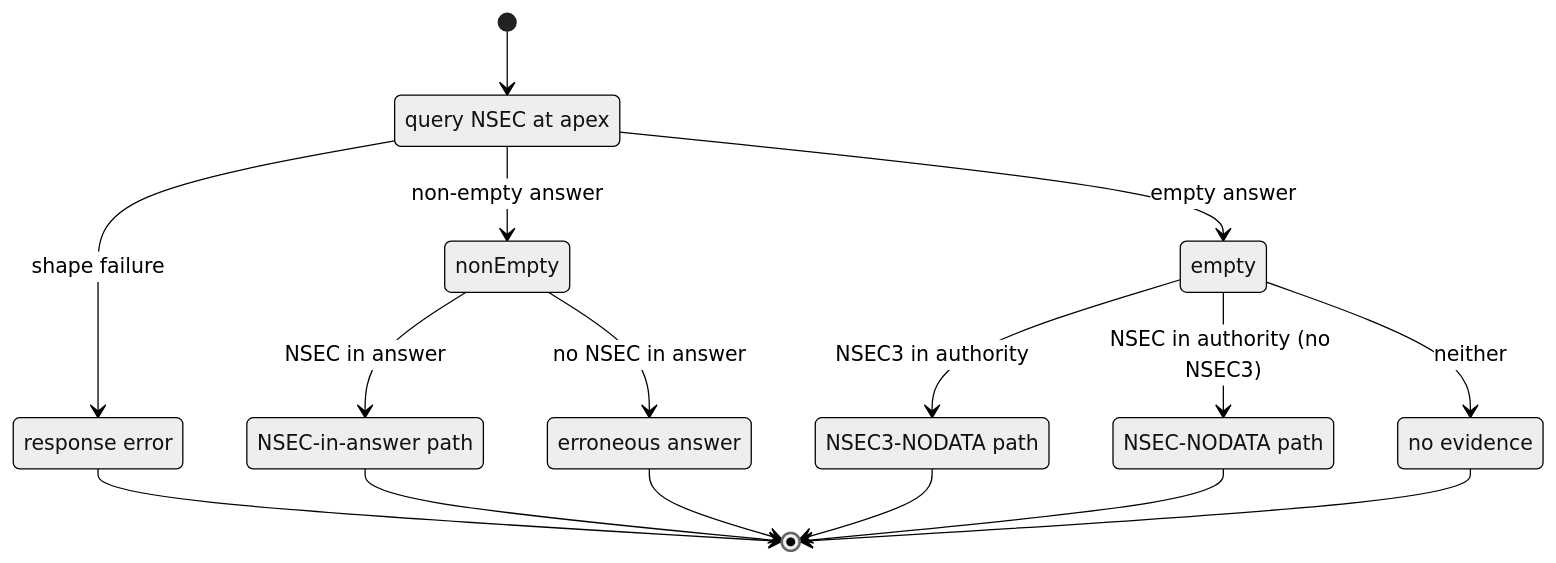
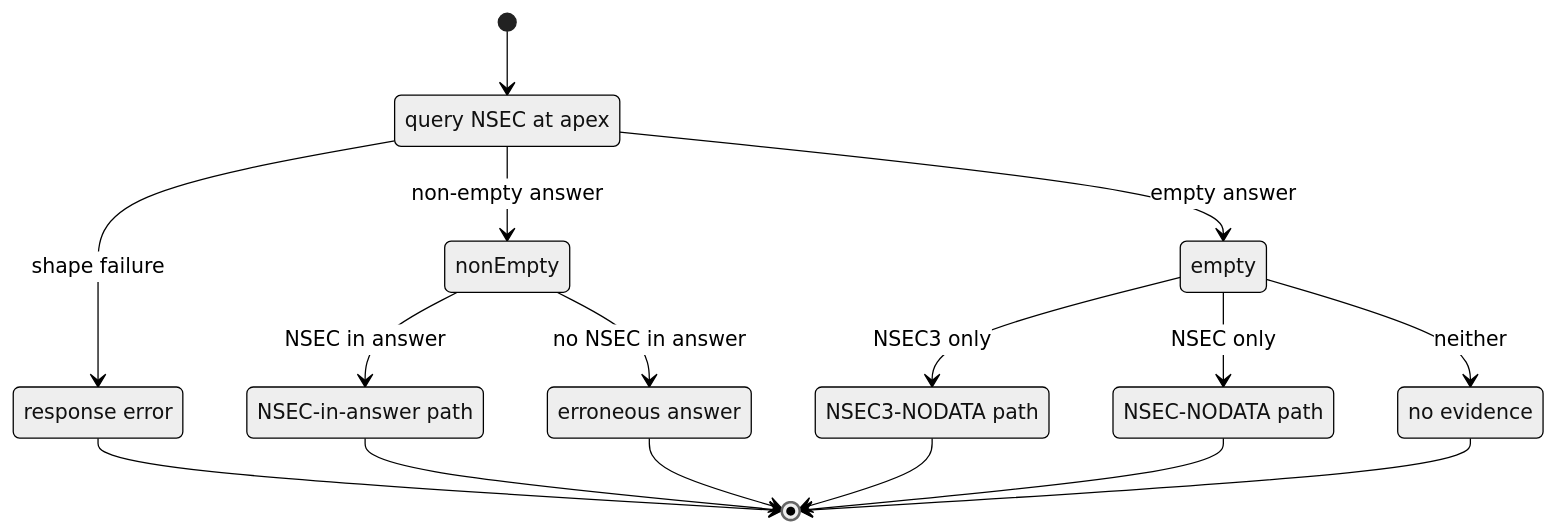
The second of 4 diagrams in docs/specifications/tests/dnssec/dnssec10.md (pawal/gonemaster), drawn with Mermaid (neutral theme) before and after one commit.

Commit message:
docs: shorten dnssec10 edge label to avoid wrap rendering

```diff
--- a/docs/specifications/tests/dnssec/dnssec10.md
+++ b/docs/specifications/tests/dnssec/dnssec10.md
@@ -77,25 +77,25 @@
 {{< mermaid >}}
 stateDiagram-v2
     [*] --> querying
     querying : query NSEC at apex
     querying --> respErr : shape failure
     querying --> nonEmpty : non-empty answer
     querying --> empty : empty answer
     nonEmpty --> nsecAns : NSEC in answer
     nonEmpty --> errAns : no NSEC in answer
-    empty --> nsec3Nodata : NSEC3 in authority
-    empty --> nsecNodata : NSEC in authority (no NSEC3)
+    empty --> nsec3Nodata : NSEC3 only
+    empty --> nsecNodata : NSEC only
     empty --> noEvid : neither
     respErr : response error
     nsecAns : NSEC-in-answer path
     errAns : erroneous answer
     nsec3Nodata : NSEC3-NODATA path
     nsecNodata : NSEC-NODATA path
     noEvid : no evidence
     respErr --> [*]
     nsecAns --> [*]
     errAns --> [*]
     nsec3Nodata --> [*]
     nsecNodata --> [*]
     noEvid --> [*]
 {{< /mermaid >}}
```
